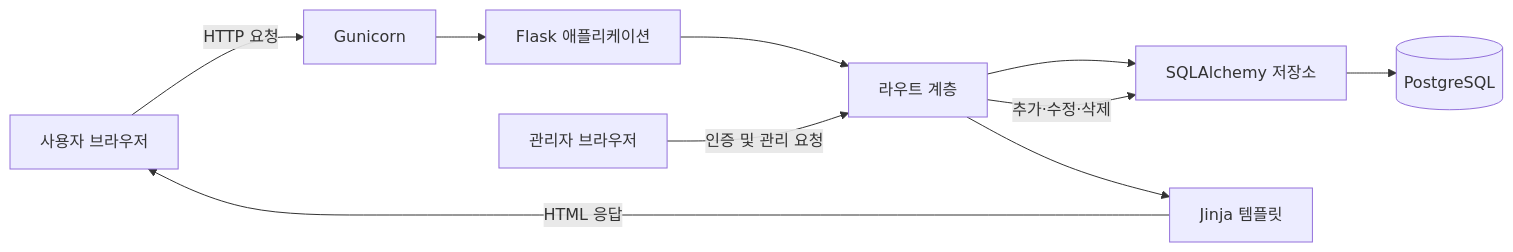
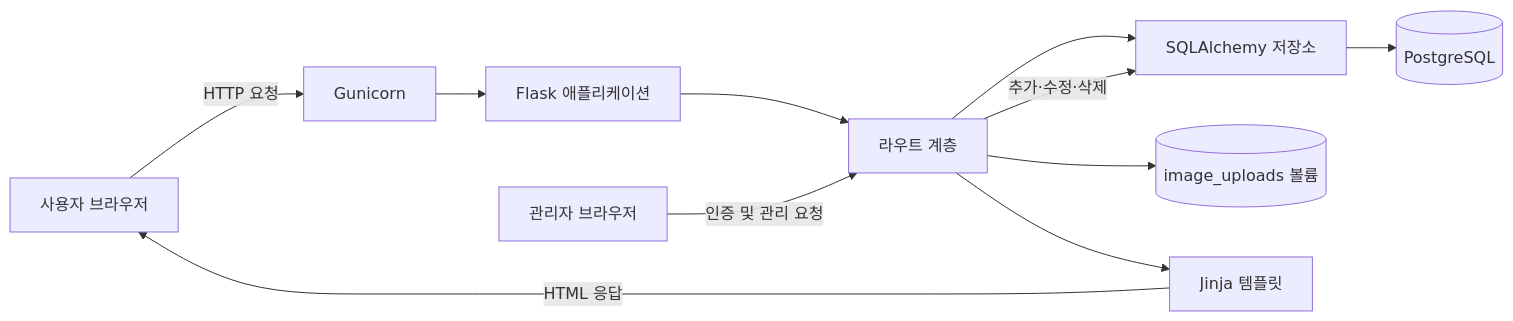
Before and after one commit to yangsong3/ml_class_testexam_web: the first of 2 diagrams in Architecture.md, drawn with Mermaid. The commit also changed other lines of this file and 25 other files, not shown here.

````diff
--- a/Architecture.md
+++ b/Architecture.md
@@ -17,12 +17,13 @@
 ```mermaid
 flowchart LR
     U[사용자 브라우저] -->|HTTP 요청| G[Gunicorn]
     G --> F[Flask 애플리케이션]
     F --> R[라우트 계층]
     R --> S[SQLAlchemy 저장소]
     S --> P[(PostgreSQL)]
+    R --> I[(image_uploads 볼륨)]
     R --> T[Jinja 템플릿]
     T -->|HTML 응답| U
     A[관리자 브라우저] -->|인증 및 관리 요청| R
     R -->|추가·수정·삭제| S
 ```
````
